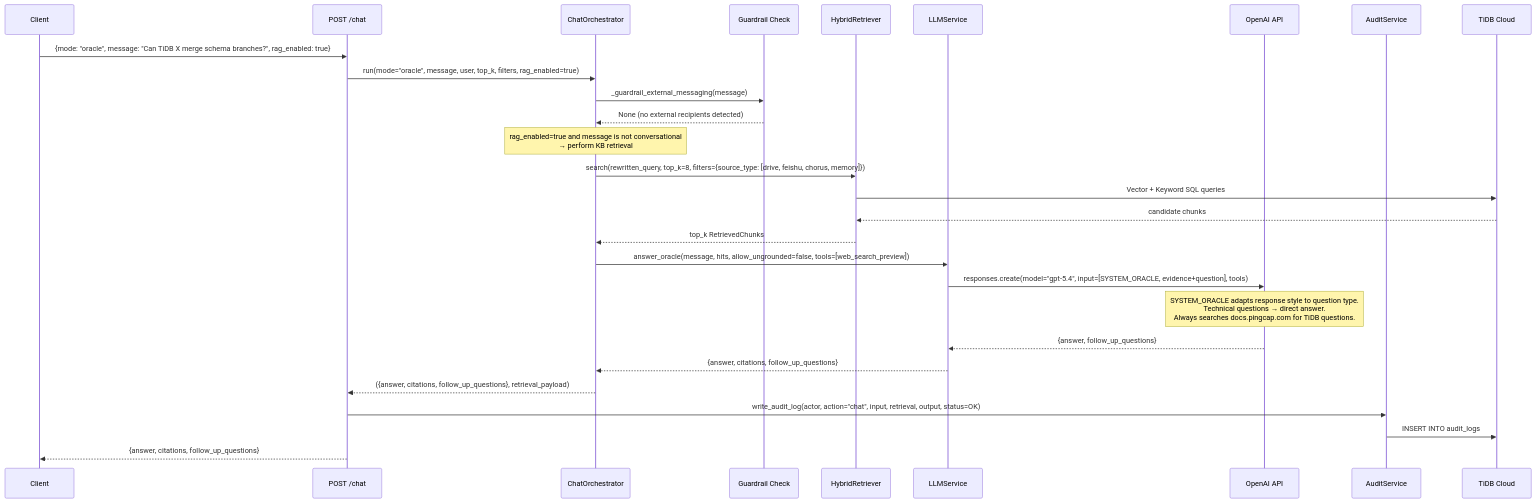
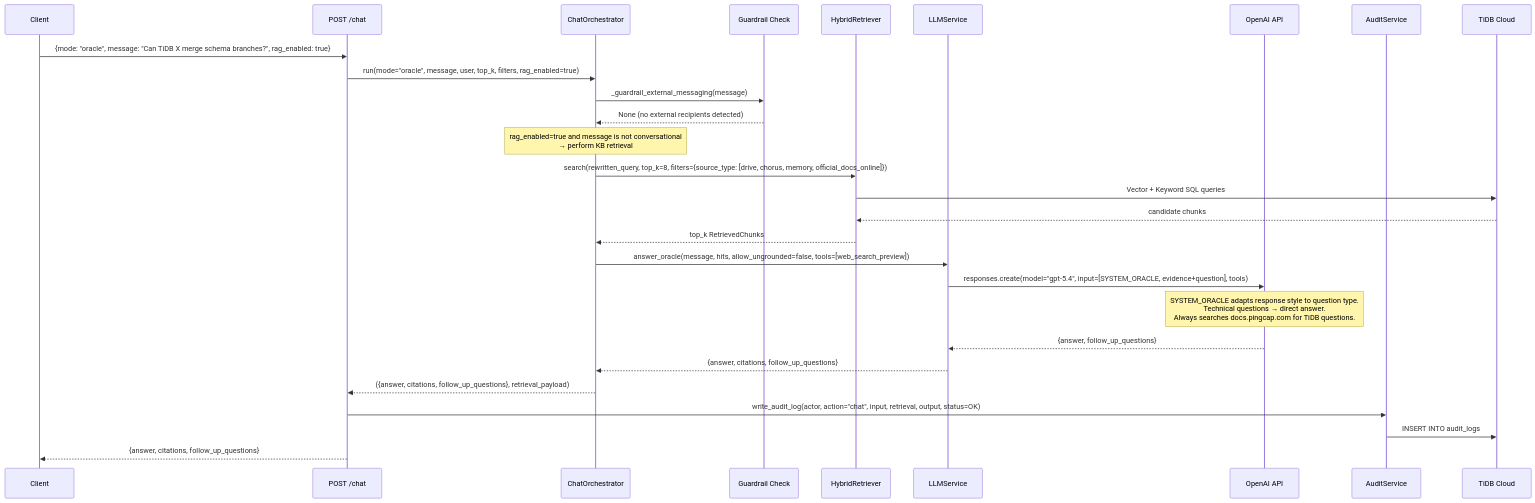
One commit to stephenlthorn/gtm-copilot-oss changed the fourth of 11 diagrams in README.md. Above: the diagram before and after it, drawn with Mermaid. The commit also changed other lines of this file, not shown here.

First line of the commit message:
docs: update README to reflect Feishu removal and RAG improvements

````diff
--- a/README.md
+++ b/README.md
@@ -277,38 +273,38 @@
 ```mermaid
 sequenceDiagram
     participant C as Client
     participant R as POST /chat
     participant O as ChatOrchestrator
     participant G as Guardrail Check
     participant HR as HybridRetriever
     participant L as LLMService
     participant AI as OpenAI API
     participant A as AuditService
     participant DB as TiDB Cloud
 
     C->>R: {mode: "oracle", message: "Can TiDB X merge schema branches?", rag_enabled: true}
     R->>O: run(mode="oracle", message, user, top_k, filters, rag_enabled=true)
     O->>G: _guardrail_external_messaging(message)
     G-->>O: None (no external recipients detected)
 
     Note over O: rag_enabled=true and message is not conversational<br/>→ perform KB retrieval
 
-    O->>HR: search(rewritten_query, top_k=8, filters={source_type: [drive, feishu, chorus, memory]})
+    O->>HR: search(rewritten_query, top_k=8, filters={source_type: [drive, chorus, memory, official_docs_online]})
     HR->>DB: Vector + Keyword SQL queries
     DB-->>HR: candidate chunks
     HR-->>O: top_k RetrievedChunks
 
     O->>L: answer_oracle(message, hits, allow_ungrounded=false, tools=[web_search_preview])
     L->>AI: responses.create(model="gpt-5.4", input=[SYSTEM_ORACLE, evidence+question], tools)
 
     Note over AI: SYSTEM_ORACLE adapts response style to question type.<br/>Technical questions → direct answer.<br/>Always searches docs.pingcap.com for TiDB questions.
 
     AI-->>L: {answer, follow_up_questions}
     L-->>O: {answer, citations, follow_up_questions}
     O-->>R: ({answer, citations, follow_up_questions}, retrieval_payload)
 
     R->>A: write_audit_log(actor, action="chat", input, retrieval, output, status=OK)
     A->>DB: INSERT INTO audit_logs
 
     R-->>C: {answer, citations, follow_up_questions}
 ```
````
